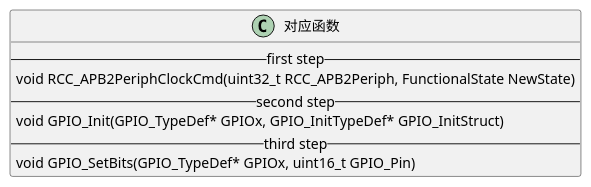
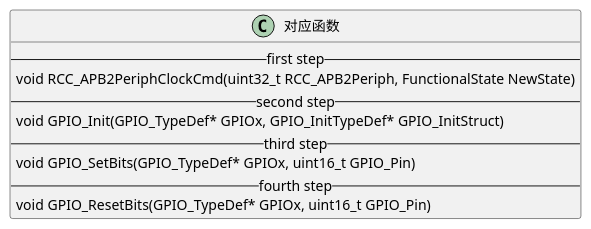
The diagram in 实验/1-基础实验架构/04-库函数点亮第一个led/架构拆解/01对应函数.puml (AlleyNorthward/Embedded-Study), drawn with PlantUML before and after one commit. The commit also changed 44 other files, not shown here.

```diff
--- a/实验/1-基础实验架构/04-库函数点亮第一个led/架构拆解/01对应函数.puml
+++ b/实验/1-基础实验架构/04-库函数点亮第一个led/架构拆解/01对应函数.puml
@@ -1,10 +1,12 @@
 @startuml 01对应函数
 class 对应函数{
     --first step--
     void RCC_APB2PeriphClockCmd(uint32_t RCC_APB2Periph, FunctionalState NewState)
     --second step--
     void GPIO_Init(GPIO_TypeDef* GPIOx, GPIO_InitTypeDef* GPIO_InitStruct)
     --third step--
     void GPIO_SetBits(GPIO_TypeDef* GPIOx, uint16_t GPIO_Pin)
+    --fourth step--
+    void GPIO_ResetBits(GPIO_TypeDef* GPIOx, uint16_t GPIO_Pin)
 }
 @enduml
```
